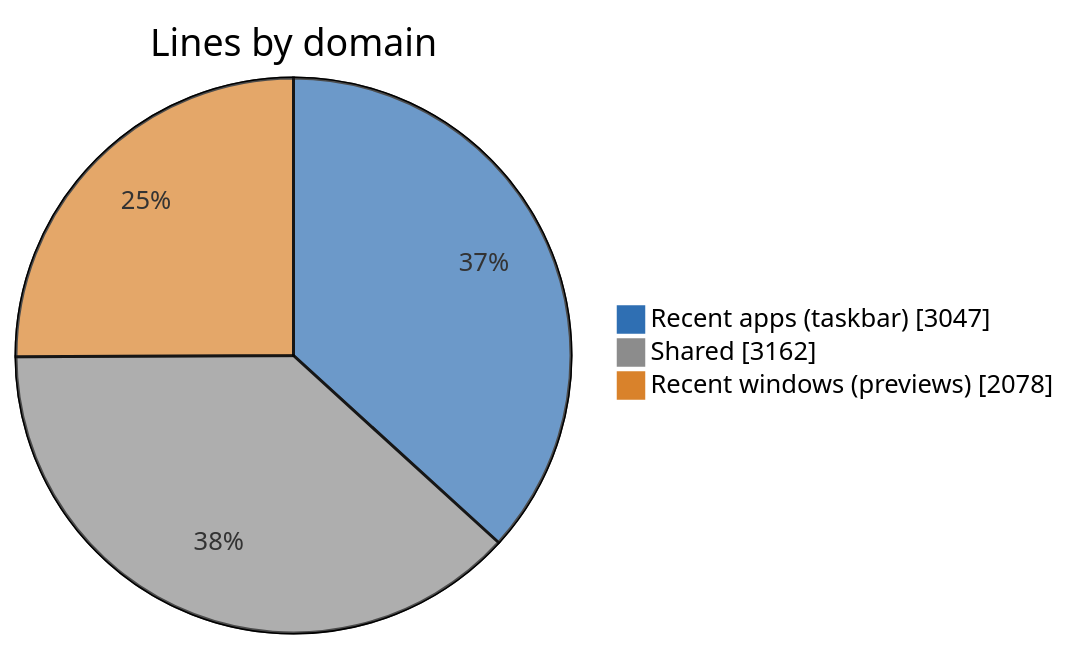
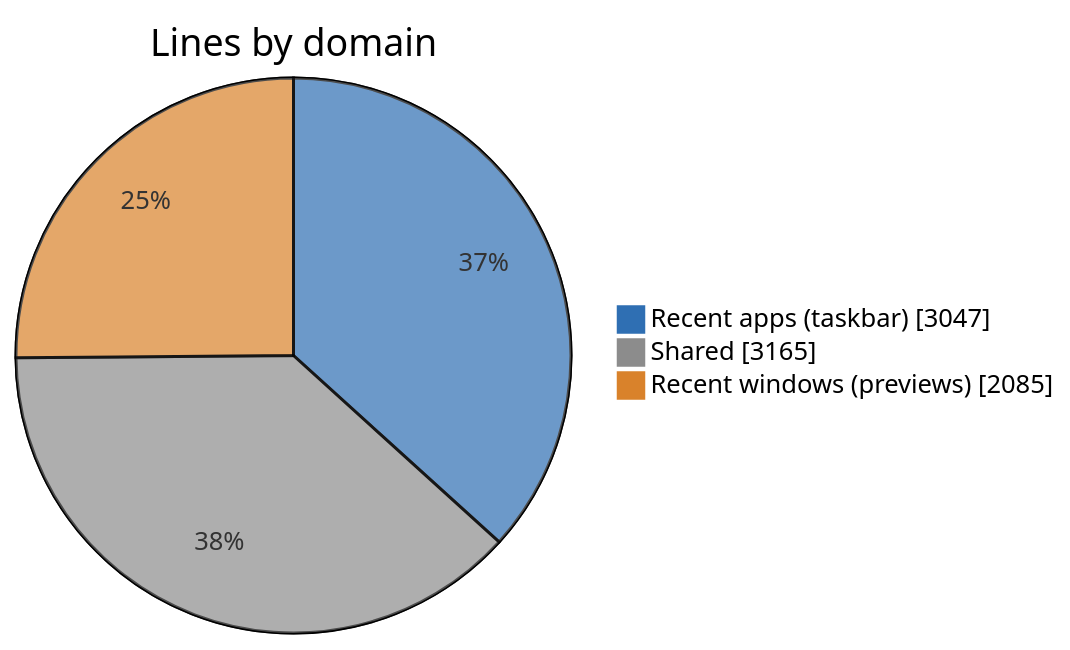
The first of 5 diagrams in doc/code/code-breakdown.md (jvlasek/taskbar-recent-focus-highlight), drawn with Mermaid before and after one commit. The commit also changed other lines of this file and 8 other files, not shown here.

````diff
--- a/doc/code/code-breakdown.md
+++ b/doc/code/code-breakdown.md
@@ -15,7 +15,7 @@
 ```mermaid
 %%{init: {"themeVariables": {"pie1": "#2F6FB3", "pie2": "#8C8C8C", "pie3": "#D9822B", "pieOuterStrokeWidth": "1px"}}}%%
 pie showData title Lines by domain
     "Recent apps (taskbar)" : 3047
-    "Shared" : 3162
-    "Recent windows (previews)" : 2078
+    "Shared" : 3165
+    "Recent windows (previews)" : 2085
 ```
````
